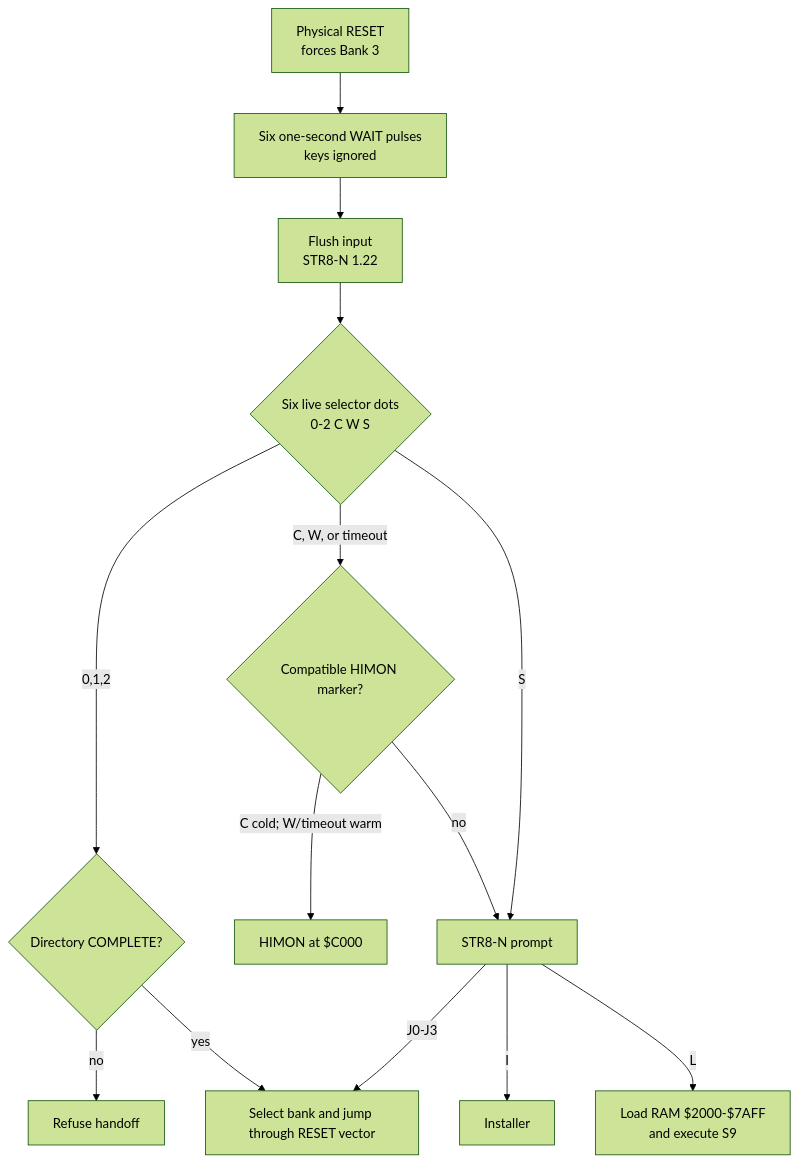
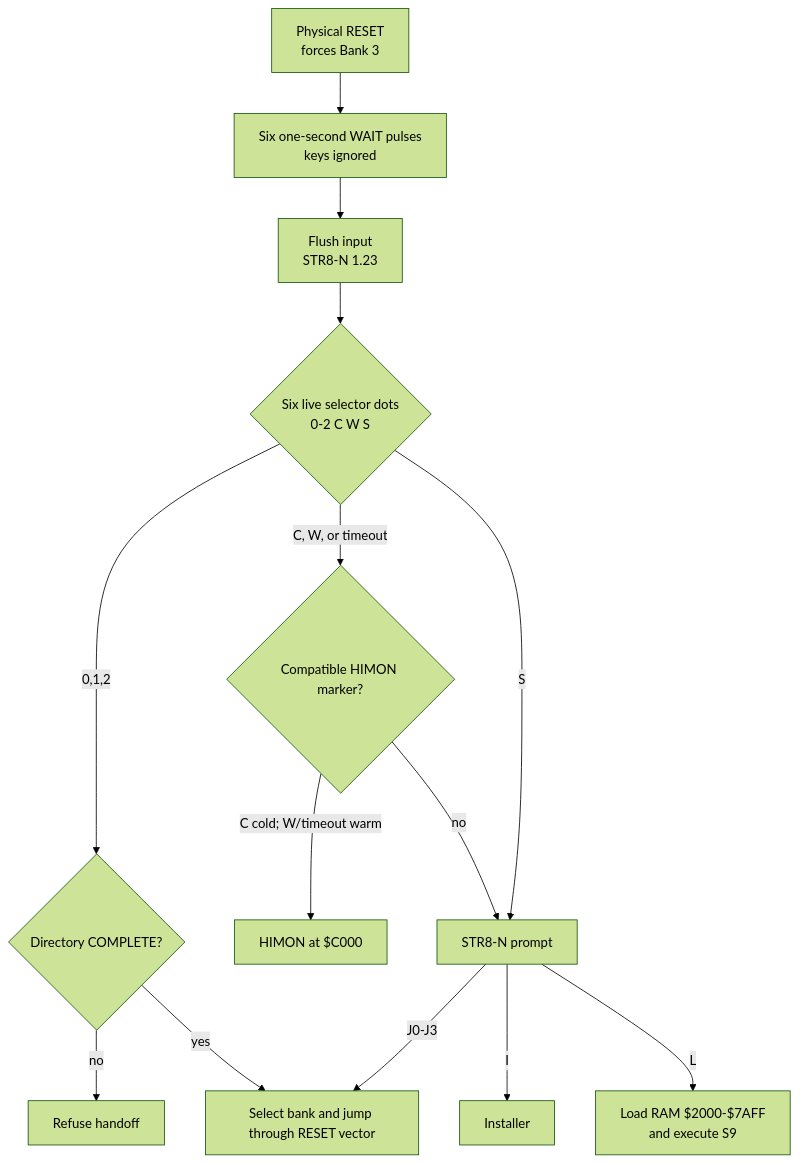
Before and after one commit to 95westus/STR8-N: the fourth of 12 diagrams in docs/MAPS.md, drawn with Mermaid (forest theme). The commit also changed other lines of this file and 29 other files, not shown here.

````diff
--- a/docs/MAPS.md
+++ b/docs/MAPS.md
@@ -86,16 +86,16 @@
 ```mermaid
 flowchart TD
     R[Physical RESET<br/>forces Bank 3] --> A[Six one-second WAIT pulses<br/>keys ignored]
-    A --> P[Flush input<br/>STR8-N 1.22]
+    A --> P[Flush input<br/>STR8-N 1.23]
     P --> Q{Six live selector dots<br/>0-2 C W S}
     Q -->|0,1,2| C{Directory COMPLETE?}
     C -->|no| F[Refuse handoff]
     C -->|yes| J[Select bank and jump through RESET vector]
     Q -->|C, W, or timeout| M{Compatible HIMON marker?}
     M -->|C cold; W/timeout warm| H[HIMON at $C000]
     M -->|no| S[STR8-N prompt]
     Q -->|S| S
     S -->|J0-J3| J
     S -->|I| I[Installer]
     S -->|L| L[Load RAM $2000-$7AFF<br/>and execute S9]
 ```
````
